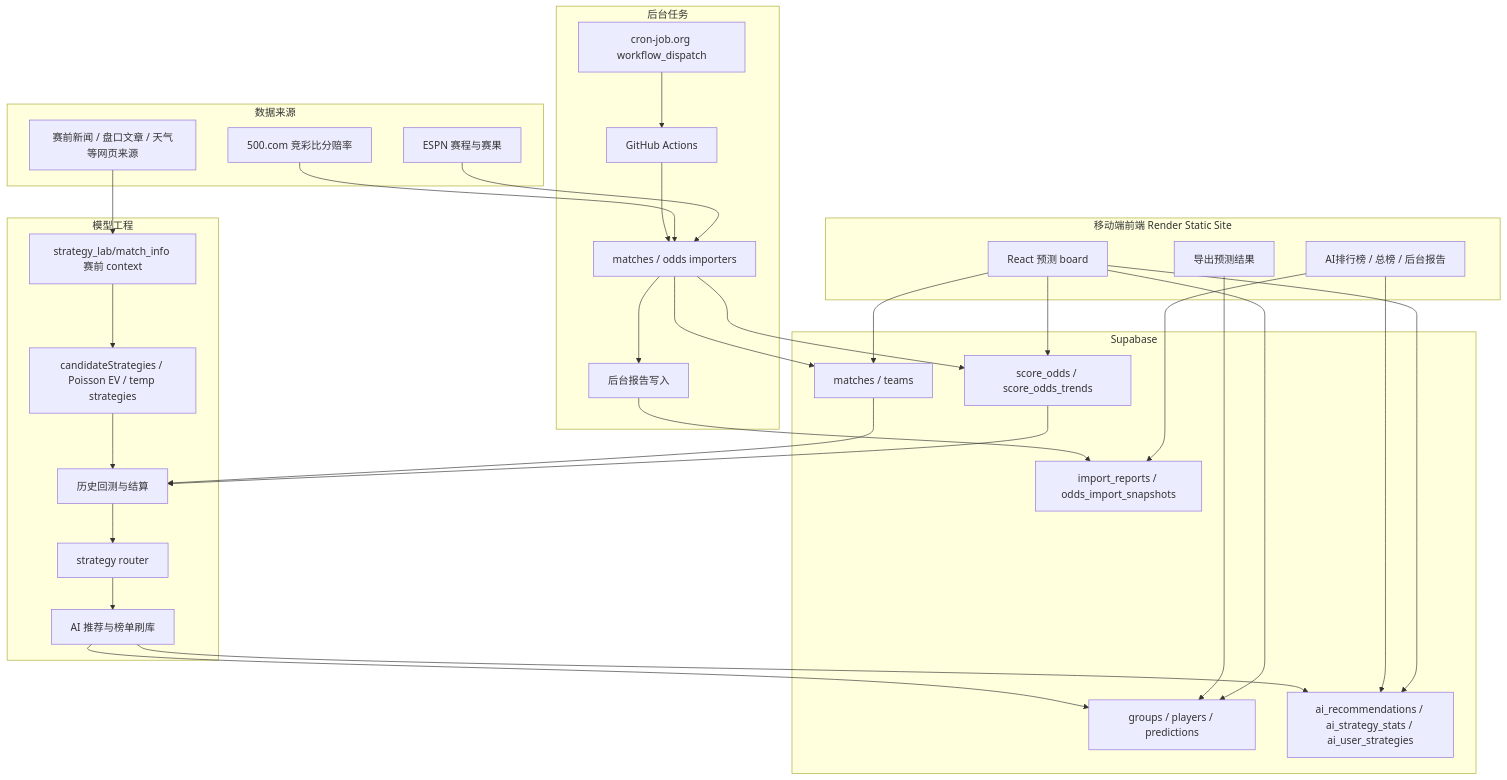
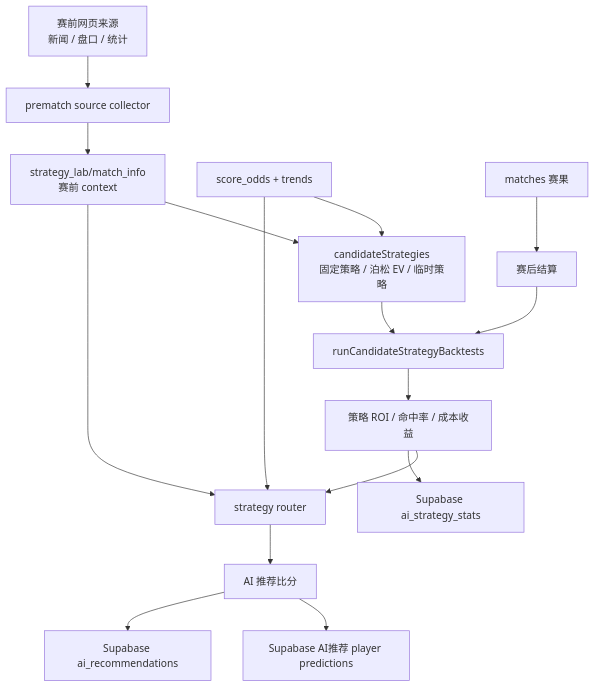
Before and after one commit to wu1du2/worldcup-predictor: the third of 3 diagrams in README.md, drawn with Mermaid. The commit also changed other lines of this file and 1 other file, not shown here.

Commit message:
docs: rewrite readme for product and architecture

````diff
--- a/README.md
+++ b/README.md
@@ -17,64 +99,22 @@
 ```mermaid
 flowchart TD
-  subgraph Client["移动端前端 Render Static Site"]
-    UI["React 预测 board"]
-    Export["导出预测结果"]
-    Rank["AI排行榜 / 总榜 / 后台报告"]
-  end
+  PrematchSources["赛前网页来源<br/>新闻 / 盘口 / 统计"] --> Collector["prematch source collector"]
+  Collector --> MatchInfo["strategy_lab/match_info<br/>赛前 context"]
 
-  subgraph DB["Supabase"]
-    Groups["groups / players / predictions"]
-    Matches["matches / teams"]
-    Odds["score_odds / score_odds_trends"]
-    AI["ai_recommendations / ai_strategy_stats / ai_user_strategies"]
-    Reports["import_reports / odds_import_snapshots"]
-  end
+  MatchInfo --> Strategies["candidateStrategies<br/>固定策略 / 泊松 EV / 临时策略"]
+  Odds["score_odds + trends"] --> Strategies
+  Matches["matches 赛果"] --> Settlement["赛后结算"]
 
-  subgraph Sources["数据来源"]
-    ESPN["ESPN 赛程与赛果"]
-    Sporttery["500.com 竞彩比分赔率"]
-    WebSources["赛前新闻 / 盘口文章 / 天气等网页来源"]
-  end
+  Strategies --> Backtest["runCandidateStrategyBacktests"]
+  Settlement --> Backtest
+  Backtest --> Stats["策略 ROI / 命中率 / 成本收益"]
 
-  subgraph Jobs["后台任务"]
-    GHA["GitHub Actions"]
-    Cron["cron-job.org workflow_dispatch"]
-    Importers["matches / odds importers"]
-    ReportsWriter["后台报告写入"]
-  end
+  Stats --> Router["strategy router"]
+  MatchInfo --> Router
+  Odds --> Router
 
-  subgraph Model["模型工程"]
-    Context["strategy_lab/match_info 赛前 context"]
-    Strategies["candidateStrategies / Poisson EV / temp strategies"]
-    Backtest["历史回测与结算"]
-    Router["strategy router"]
-    Sync["AI 推荐与榜单刷库"]
-  end
-
-  UI --> Groups
-  UI --> Matches
-  UI --> Odds
-  UI --> AI
-  Export --> Groups
-  Rank --> AI
-  Rank --> Reports
-
-  ESPN --> Importers
-  Sporttery --> Importers
-  WebSources --> Context
-  Cron --> GHA
-  GHA --> Importers
-  Importers --> Matches
-  Importers --> Odds
-  Importers --> ReportsWriter
-  ReportsWriter --> Reports
-
-  Context --> Strategies
-  Odds --> Backtest
-  Matches --> Backtest
-  Strategies --> Backtest
-  Backtest --> Router
-  Router --> Sync
-  Sync --> Groups
-  Sync --> AI
+  Router --> AiPrediction["AI 推荐比分"]
+  AiPrediction --> AiPlayer["Supabase AI推荐 player predictions"]
+  AiPrediction --> AiDetails["Supabase ai_recommendations"]
+  Stats --> Leaderboard["Supabase ai_strategy_stats"]
 ```
````
